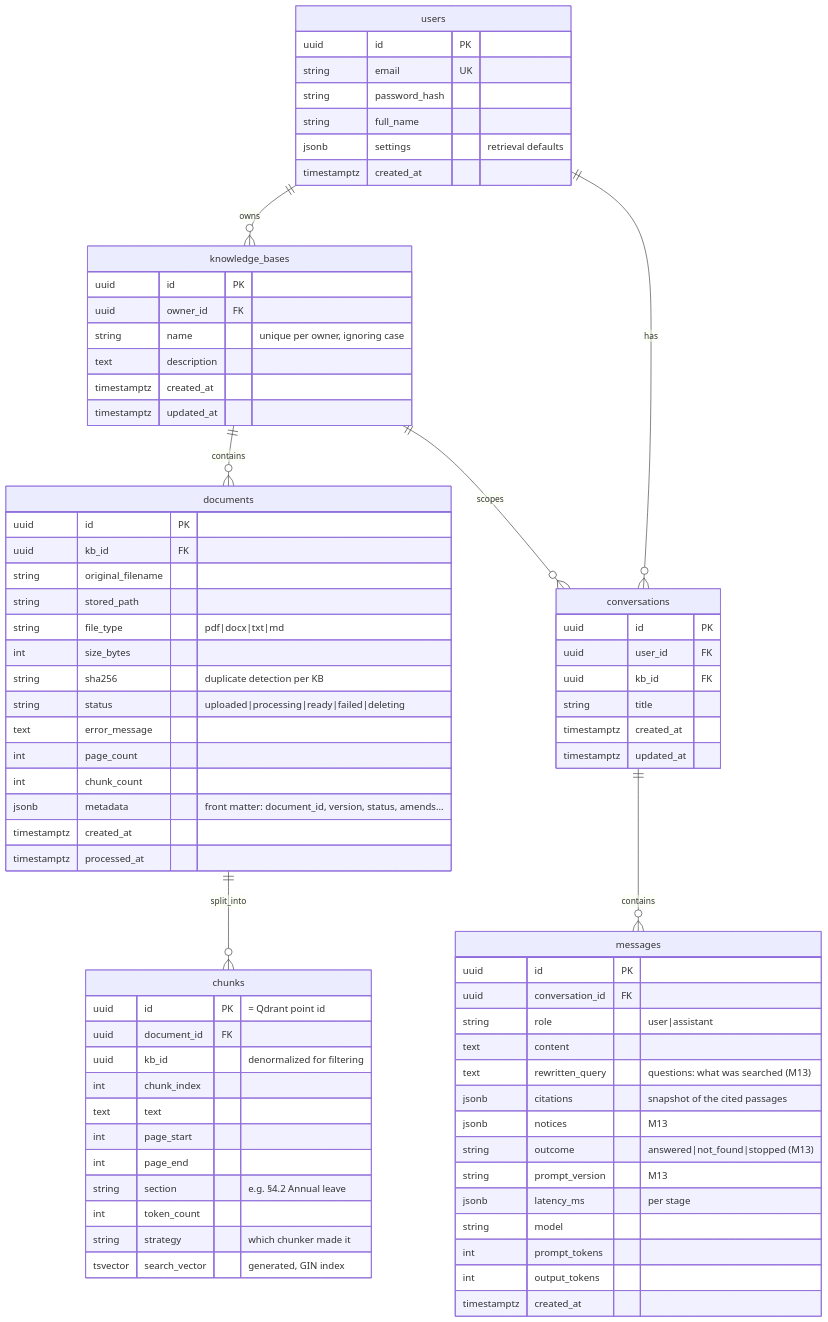
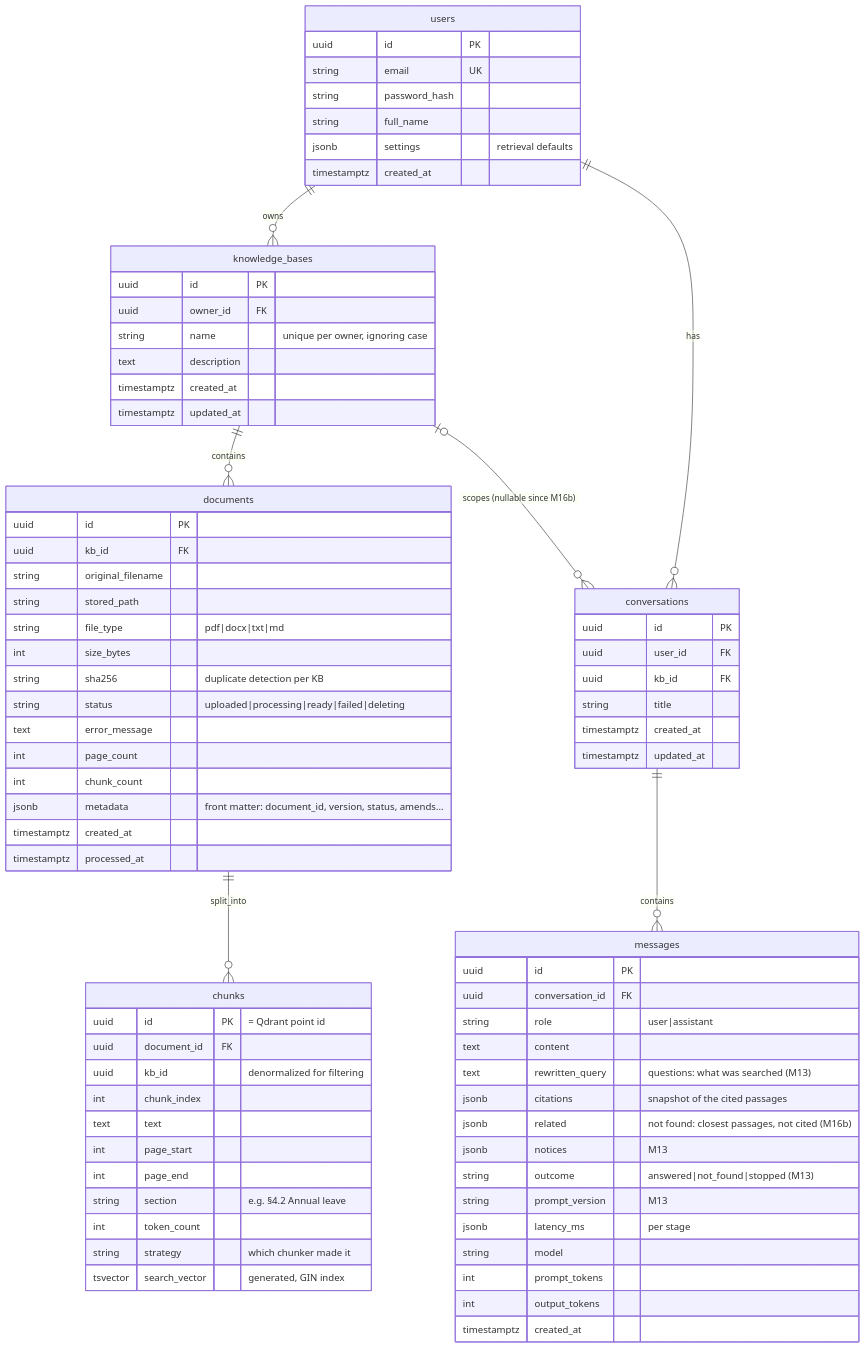
One commit to piccolo3528/enterprise_ai changed the fourth of 4 diagrams in ARCHITECTURE.md. Above: the diagram before and after it, drawn with Mermaid. The commit also changed other lines of this file and 38 other files, not shown here.

````diff
--- a/ARCHITECTURE.md
+++ b/ARCHITECTURE.md
@@ -951,79 +954,80 @@
 ```mermaid
 erDiagram
     users ||--o{ knowledge_bases : owns
     users ||--o{ conversations : has
     knowledge_bases ||--o{ documents : contains
-    knowledge_bases ||--o{ conversations : scopes
+    knowledge_bases |o--o{ conversations : "scopes (nullable since M16b)"
     documents ||--o{ chunks : split_into
     conversations ||--o{ messages : contains
 
     users {
         uuid id PK
         string email UK
         string password_hash
         string full_name
         jsonb settings "retrieval defaults"
         timestamptz created_at
     }
     knowledge_bases {
         uuid id PK
         uuid owner_id FK
         string name "unique per owner, ignoring case"
         text description
         timestamptz created_at
         timestamptz updated_at
     }
     documents {
         uuid id PK
         uuid kb_id FK
         string original_filename
         string stored_path
         string file_type "pdf|docx|txt|md"
         int size_bytes
         string sha256 "duplicate detection per KB"
         string status "uploaded|processing|ready|failed|deleting"
         text error_message
         int page_count
         int chunk_count
         jsonb metadata "front matter: document_id, version, status, amends..."
         timestamptz created_at
         timestamptz processed_at
     }
     chunks {
         uuid id PK "= Qdrant point id"
         uuid document_id FK
         uuid kb_id "denormalized for filtering"
         int chunk_index
         text text
         int page_start
         int page_end
         string section "e.g. §4.2 Annual leave"
         int token_count
         string strategy "which chunker made it"
         tsvector search_vector "generated, GIN index"
     }
     conversations {
         uuid id PK
         uuid user_id FK
         uuid kb_id FK
         string title
         timestamptz created_at
         timestamptz updated_at
     }
     messages {
         uuid id PK
         uuid conversation_id FK
         string role "user|assistant"
         text content
         text rewritten_query "questions: what was searched (M13)"
         jsonb citations "snapshot of the cited passages"
+        jsonb related "not found: closest passages, not cited (M16b)"
         jsonb notices "M13"
         string outcome "answered|not_found|stopped (M13)"
         string prompt_version "M13"
         jsonb latency_ms "per stage"
         string model
         int prompt_tokens
         int output_tokens
         timestamptz created_at
     }
 ```
````
